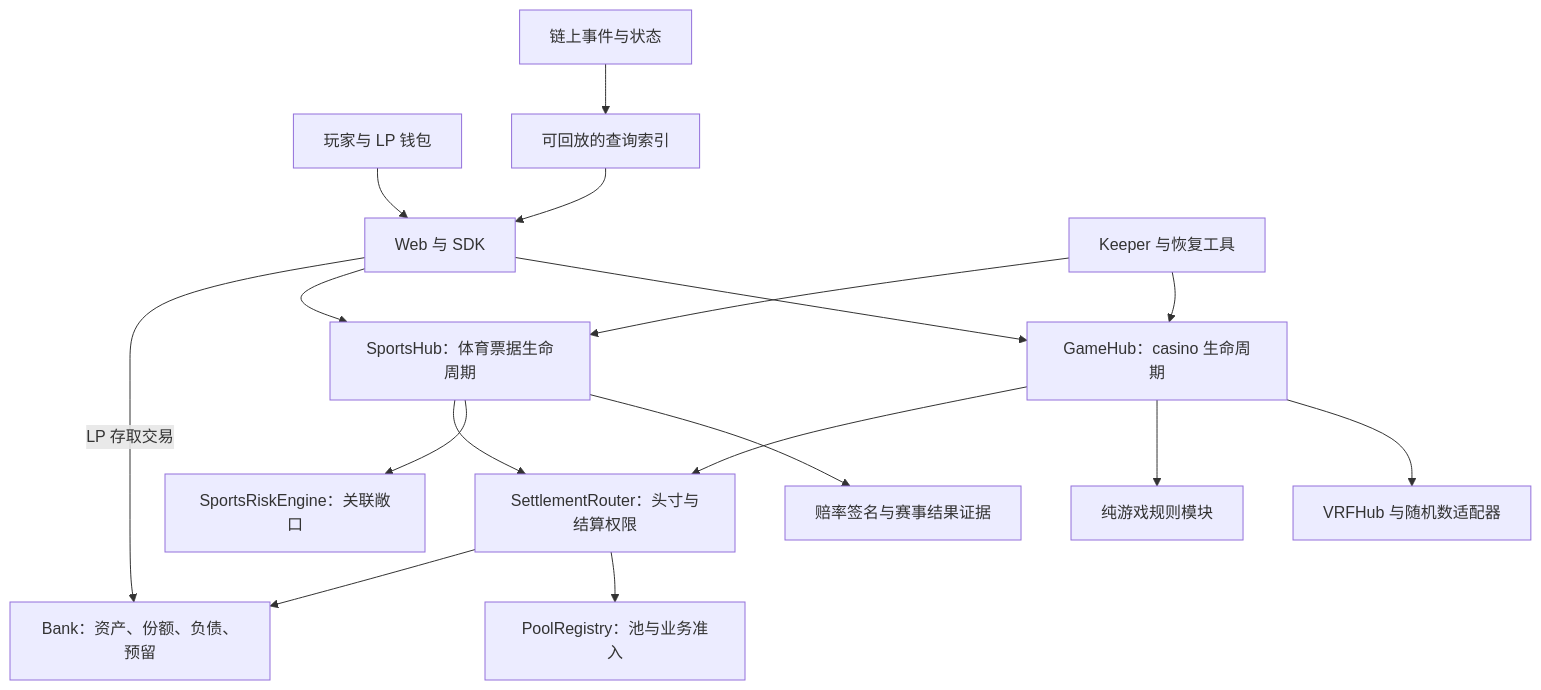
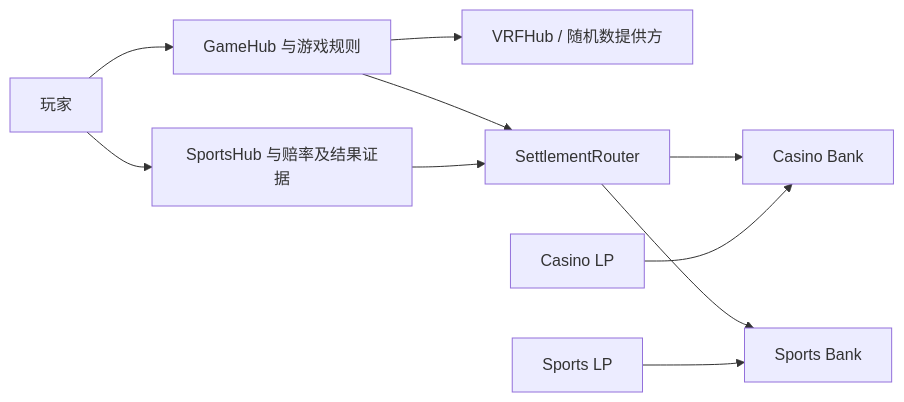
The diagram in docs/WHITEPAPER.zh-CN.md (arbigamefi/ssot_BBOG), drawn with Mermaid before and after one commit. The commit also changed other lines of this file and 10 other files, not shown here.

````diff
--- a/docs/WHITEPAPER.zh-CN.md
+++ b/docs/WHITEPAPER.zh-CN.md
@@ -38,19 +41,12 @@
 ```mermaid
-flowchart TD
-  Wallet[玩家与 LP 钱包] --> App[Web 与 SDK]
-  App --> Casino[GameHub：casino 生命周期]
-  App --> Sports[SportsHub：体育票据生命周期]
-  Casino --> RNG[VRFHub 与随机数适配器]
-  Casino --> Rules[纯游戏规则模块]
-  Sports --> Evidence[赔率签名与赛事结果证据]
-  Sports --> Risk[SportsRiskEngine：关联敞口]
-  Casino --> Router[SettlementRouter：头寸与结算权限]
+flowchart LR
+  Player[玩家] --> Game[GameHub 与游戏规则]
+  Player --> Sports[SportsHub 与赔率及结果证据]
+  Game --> VRF[VRFHub / 随机数提供方]
+  Game --> Router[SettlementRouter]
   Sports --> Router
-  Router --> Registry[PoolRegistry：池与业务准入]
-  Router --> Bank[Bank：资产、份额、负债、预留]
-  App -->|LP 存取交易| Bank
-  Automation[Keeper 与恢复工具] --> Casino
-  Automation --> Sports
-  Ledger[链上事件与状态] --> Index[可回放的查询索引]
-  Index --> App
+  Router --> CasinoBank[Casino Bank]
+  Router --> SportsBank[Sports Bank]
+  CasinoLP[Casino LP] --> CasinoBank
+  SportsLP[Sports LP] --> SportsBank
 ```
````
